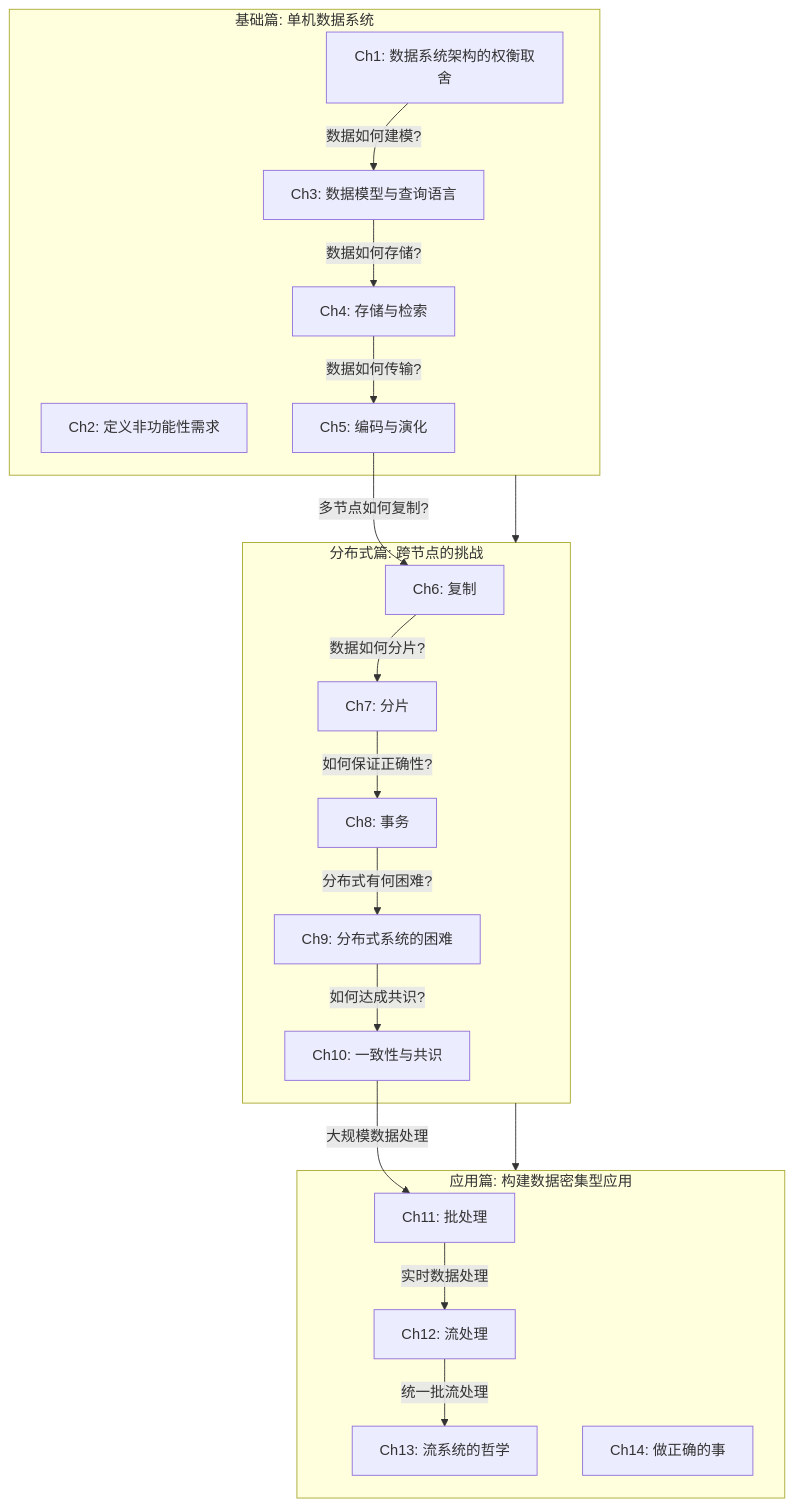
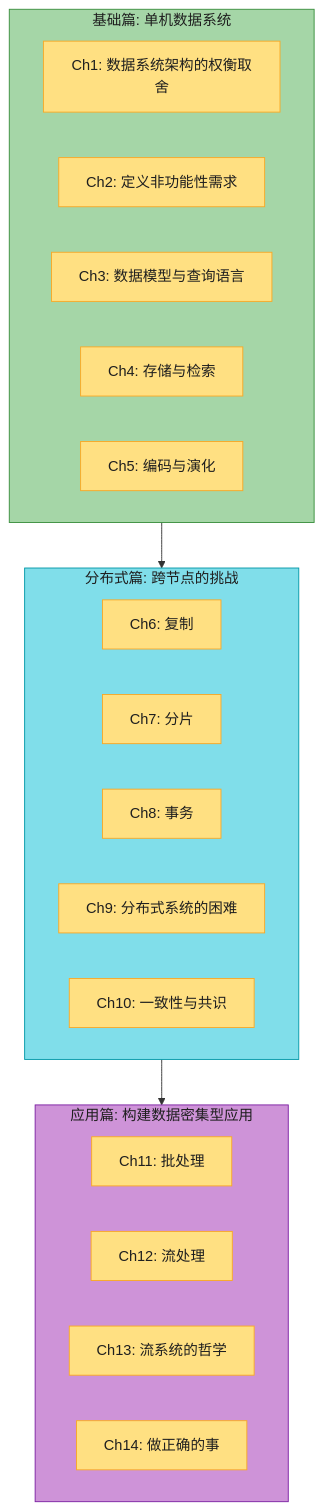
Before and after one commit to socoo123/ddia_2nd: the first of 3 diagrams in README.md, drawn with Mermaid. The commit also changed other lines of this file and 5 other files, not shown here.

````diff
--- a/README.md
+++ b/README.md
@@ -8,40 +14,46 @@
 ```mermaid
 graph TB
     subgraph Foundation["基础篇: 单机数据系统"]
         CH1["Ch1: 数据系统架构的权衡取舍"]
         CH2["Ch2: 定义非功能性需求"]
         CH3["Ch3: 数据模型与查询语言"]
         CH4["Ch4: 存储与检索"]
         CH5["Ch5: 编码与演化"]
     end
 
     subgraph Distributed["分布式篇: 跨节点的挑战"]
         CH6["Ch6: 复制"]
         CH7["Ch7: 分片"]
         CH8["Ch8: 事务"]
         CH9["Ch9: 分布式系统的困难"]
         CH10["Ch10: 一致性与共识"]
     end
 
     subgraph Application["应用篇: 构建数据密集型应用"]
         CH11["Ch11: 批处理"]
         CH12["Ch12: 流处理"]
         CH13["Ch13: 流系统的哲学"]
         CH14["Ch14: 做正确的事"]
     end
 
     Foundation --> Distributed
     Distributed --> Application
 
-    CH1 -->|"数据如何建模?"| CH3
-    CH3 -->|"数据如何存储?"| CH4
-    CH4 -->|"数据如何传输?"| CH5
-    CH5 -->|"多节点如何复制?"| CH6
-    CH6 -->|"数据如何分片?"| CH7
-    CH7 -->|"如何保证正确性?"| CH8
-    CH8 -->|"分布式有何困难?"| CH9
-    CH9 -->|"如何达成共识?"| CH10
-    CH10 -->|"大规模数据处理"| CH11
-    CH11 -->|"实时数据处理"| CH12
-    CH12 -->|"统一批流处理"| CH13
+    style Foundation fill:#A5D6A7,stroke:#388E3C,color:#1f1f1f
+    style Distributed fill:#80DEEA,stroke:#0097A7,color:#1f1f1f
+    style Application fill:#CE93D8,stroke:#7B1FA2,color:#1f1f1f
+    style CH1 fill:#FFE082,stroke:#F9A825,color:#1f1f1f
+    style CH2 fill:#FFE082,stroke:#F9A825,color:#1f1f1f
+    style CH3 fill:#FFE082,stroke:#F9A825,color:#1f1f1f
+    style CH4 fill:#FFE082,stroke:#F9A825,color:#1f1f1f
+    style CH5 fill:#FFE082,stroke:#F9A825,color:#1f1f1f
+    style CH6 fill:#FFE082,stroke:#F9A825,color:#1f1f1f
+    style CH7 fill:#FFE082,stroke:#F9A825,color:#1f1f1f
+    style CH8 fill:#FFE082,stroke:#F9A825,color:#1f1f1f
+    style CH9 fill:#FFE082,stroke:#F9A825,color:#1f1f1f
+    style CH10 fill:#FFE082,stroke:#F9A825,color:#1f1f1f
+    style CH11 fill:#FFE082,stroke:#F9A825,color:#1f1f1f
+    style CH12 fill:#FFE082,stroke:#F9A825,color:#1f1f1f
+    style CH13 fill:#FFE082,stroke:#F9A825,color:#1f1f1f
+    style CH14 fill:#FFE082,stroke:#F9A825,color:#1f1f1f
 ```
````
